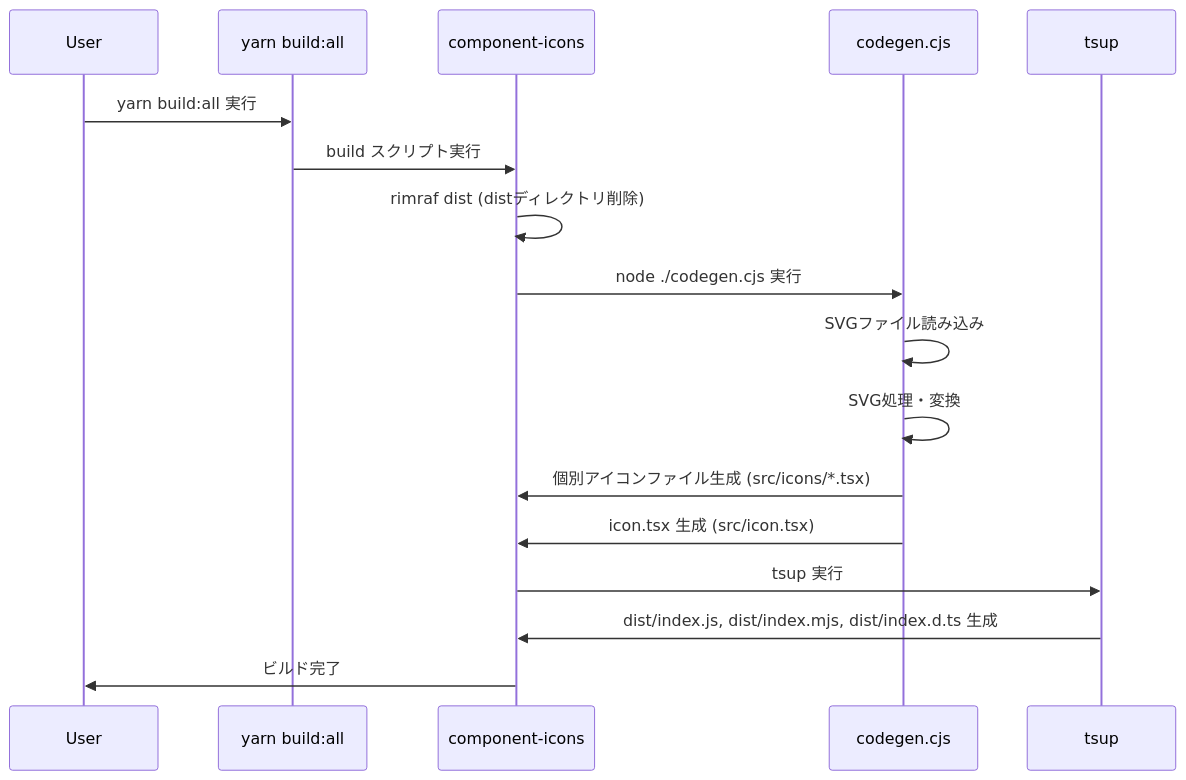
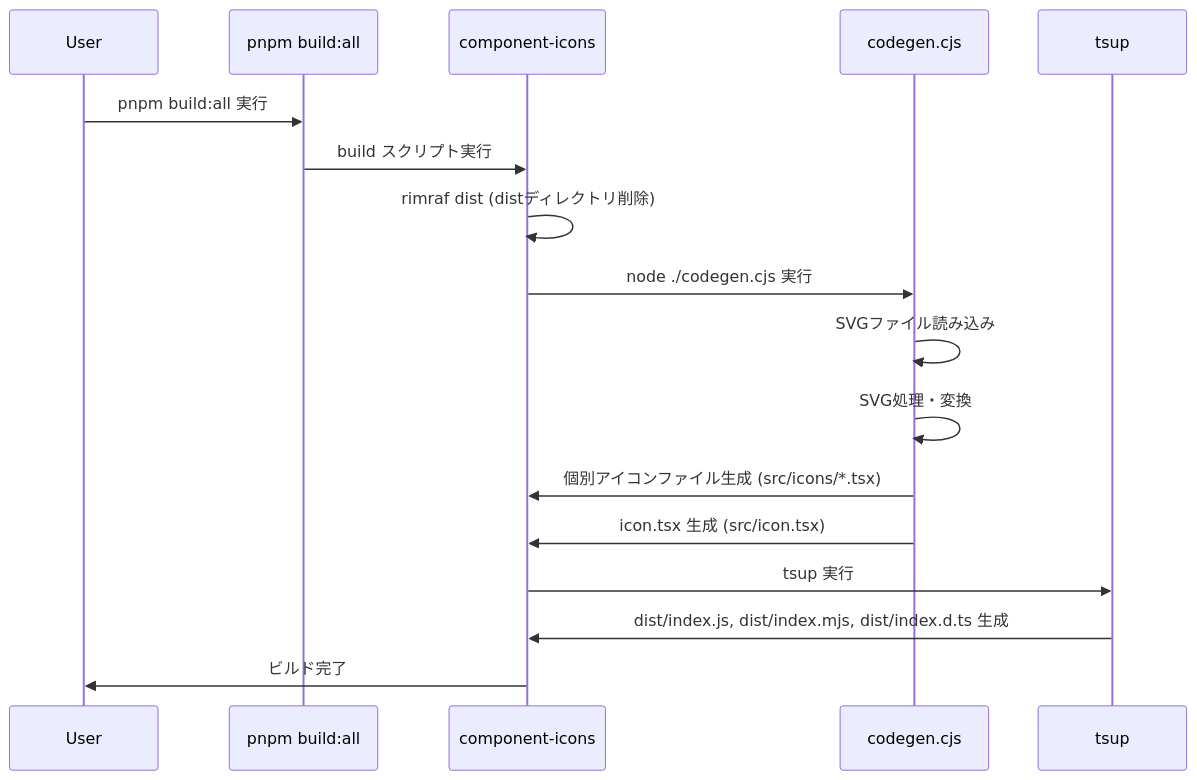
One commit to zenkigen/zenkigen-component changed the second of 2 diagrams in packages/component-icons/docs/icon-addition-workflow.md. Above: the diagram before and after it, drawn with Mermaid. The commit also changed other lines of this file and 9 other files, not shown here.

````diff
--- a/packages/component-icons/docs/icon-addition-workflow.md
+++ b/packages/component-icons/docs/icon-addition-workflow.md
@@ -164,20 +164,20 @@
 ```mermaid
 sequenceDiagram
     participant User
-    participant Build as yarn build:all
+    participant Build as pnpm build:all
     participant Icons as component-icons
     participant Codegen as codegen.cjs
     participant Tsup as tsup
 
-    User->>Build: yarn build:all 実行
+    User->>Build: pnpm build:all 実行
     Build->>Icons: build スクリプト実行
     Icons->>Icons: rimraf dist (distディレクトリ削除)
     Icons->>Codegen: node ./codegen.cjs 実行
     Codegen->>Codegen: SVGファイル読み込み
     Codegen->>Codegen: SVG処理・変換
     Codegen->>Icons: 個別アイコンファイル生成 (src/icons/*.tsx)
     Codegen->>Icons: icon.tsx 生成 (src/icon.tsx)
     Icons->>Tsup: tsup 実行
     Tsup->>Icons: dist/index.js, dist/index.mjs, dist/index.d.ts 生成
     Icons->>User: ビルド完了
 ```
````
